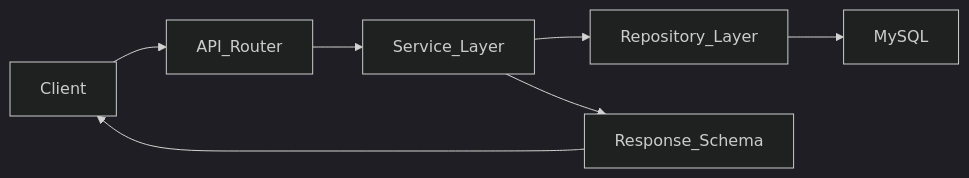
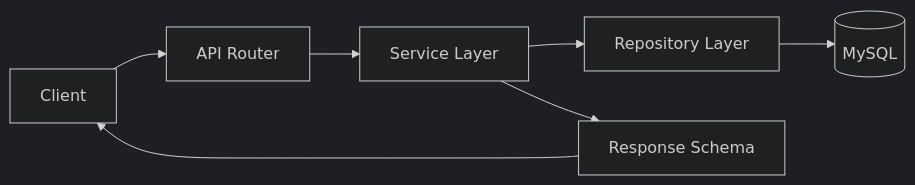
The diagram in README.md (devwithhao/roomie-match), drawn with Mermaid (dark theme) before and after one commit. The commit also changed other lines of this file, not shown here.

````diff
--- a/README.md
+++ b/README.md
@@ -165,9 +237,9 @@
 ```mermaid
 flowchart LR
-    client[Client] --> apiRouter[API_Router]
-    apiRouter --> serviceLayer[Service_Layer]
-    serviceLayer --> repositoryLayer[Repository_Layer]
-    repositoryLayer --> mysqlDB[MySQL]
-    serviceLayer --> responseSchema[Response_Schema]
+    client[Client] --> apiRouter[API Router]
+    apiRouter --> serviceLayer[Service Layer]
+    serviceLayer --> repositoryLayer[Repository Layer]
+    repositoryLayer --> mysqlDB[(MySQL)]
+    serviceLayer --> responseSchema[Response Schema]
     responseSchema --> client
 ```
````
